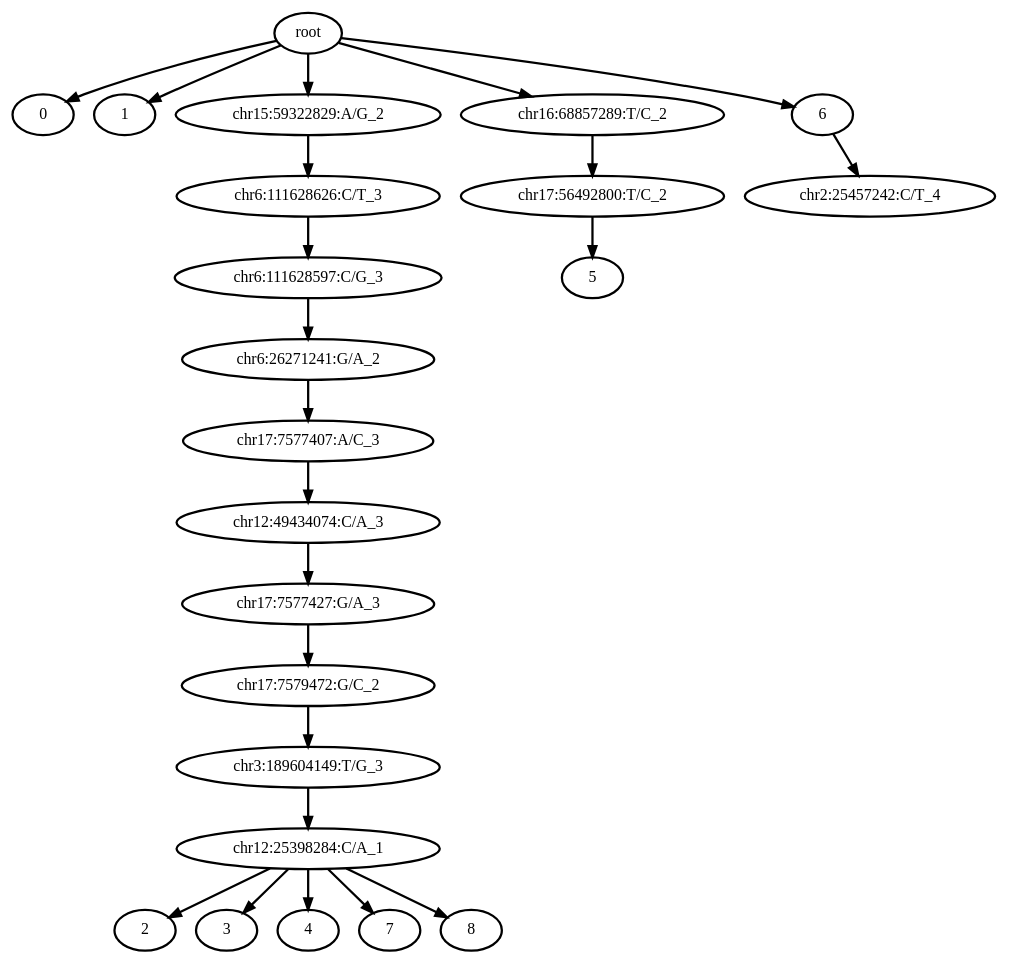
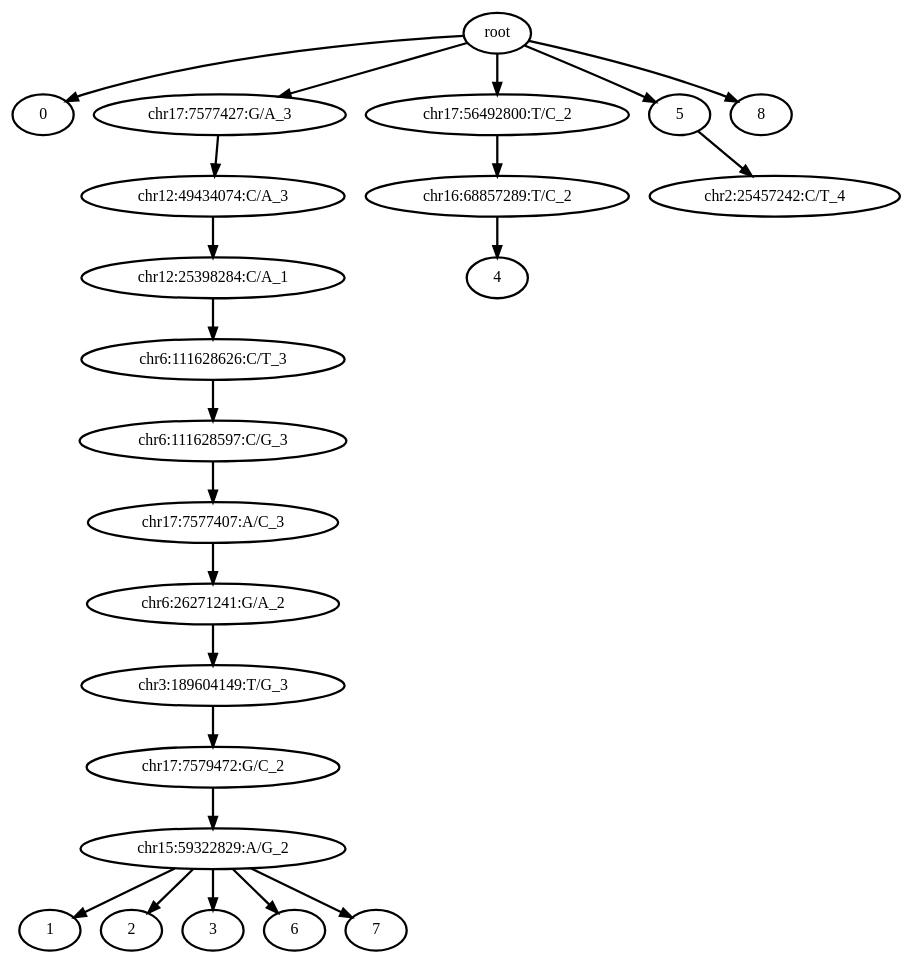
Before and after one commit to haochenz96/Tapestri_main_manuscript_analysis: the diagram in 0_condor_pipeline/condor_outputs/RA16_08/out_tree.dot, drawn with Graphviz. The commit also changed 104 other files, not shown here.

```diff
--- a/0_condor_pipeline/condor_outputs/RA16_08/out_tree.dot
+++ b/0_condor_pipeline/condor_outputs/RA16_08/out_tree.dot
@@ -1,49 +1,49 @@
 digraph N {
 	overlap="false"
 	rankdir="TB"
 	0 [label="root", style="bold"];
 	1 [label="0", style="bold"];
-	2 [label="1", style="bold"];
-	3 [label="chr15:59322829:A/G_2", style="bold"];
-	4 [label="chr6:111628626:C/T_3", style="bold"];
-	5 [label="chr6:111628597:C/G_3", style="bold"];
-	6 [label="chr6:26271241:G/A_2", style="bold"];
+	2 [label="chr17:7577427:G/A_3", style="bold"];
+	3 [label="chr12:49434074:C/A_3", style="bold"];
+	4 [label="chr12:25398284:C/A_1", style="bold"];
+	5 [label="chr6:111628626:C/T_3", style="bold"];
+	6 [label="chr6:111628597:C/G_3", style="bold"];
 	7 [label="chr17:7577407:A/C_3", style="bold"];
-	8 [label="chr12:49434074:C/A_3", style="bold"];
-	9 [label="chr17:7577427:G/A_3", style="bold"];
+	8 [label="chr6:26271241:G/A_2", style="bold"];
+	9 [label="chr3:189604149:T/G_3", style="bold"];
 	10 [label="chr17:7579472:G/C_2", style="bold"];
-	11 [label="chr3:189604149:T/G_3", style="bold"];
-	12 [label="chr12:25398284:C/A_1", style="bold"];
+	11 [label="chr15:59322829:A/G_2", style="bold"];
+	12 [label="1", style="bold"];
 	13 [label="2", style="bold"];
 	14 [label="3", style="bold"];
-	15 [label="4", style="bold"];
+	15 [label="chr17:56492800:T/C_2", style="bold"];
 	16 [label="chr16:68857289:T/C_2", style="bold"];
-	17 [label="chr17:56492800:T/C_2", style="bold"];
+	17 [label="4", style="bold"];
 	18 [label="5", style="bold"];
 	19 [label="6", style="bold"];
 	20 [label="7", style="bold"];
 	21 [label="8", style="bold"];
 	22 [label="chr2:25457242:C/T_4", style="bold"];
 	0 -> 1 [style="bold"];
 	0 -> 2 [style="bold"];
-	0 -> 3 [style="bold"];
-	0 -> 16 [style="bold"];
-	0 -> 19 [style="bold"];
+	0 -> 15 [style="bold"];
+	0 -> 18 [style="bold"];
+	0 -> 21 [style="bold"];
+	2 -> 3 [style="bold"];
 	3 -> 4 [style="bold"];
 	4 -> 5 [style="bold"];
 	5 -> 6 [style="bold"];
 	6 -> 7 [style="bold"];
 	7 -> 8 [style="bold"];
 	8 -> 9 [style="bold"];
 	9 -> 10 [style="bold"];
 	10 -> 11 [style="bold"];
 	11 -> 12 [style="bold"];
-	12 -> 13 [style="bold"];
-	12 -> 14 [style="bold"];
-	12 -> 15 [style="bold"];
-	12 -> 20 [style="bold"];
-	12 -> 21 [style="bold"];
+	11 -> 13 [style="bold"];
+	11 -> 14 [style="bold"];
+	11 -> 19 [style="bold"];
+	11 -> 20 [style="bold"];
+	15 -> 16 [style="bold"];
 	16 -> 17 [style="bold"];
-	17 -> 18 [style="bold"];
-	19 -> 22 [style="bold"];
+	18 -> 22 [style="bold"];
 }
```
